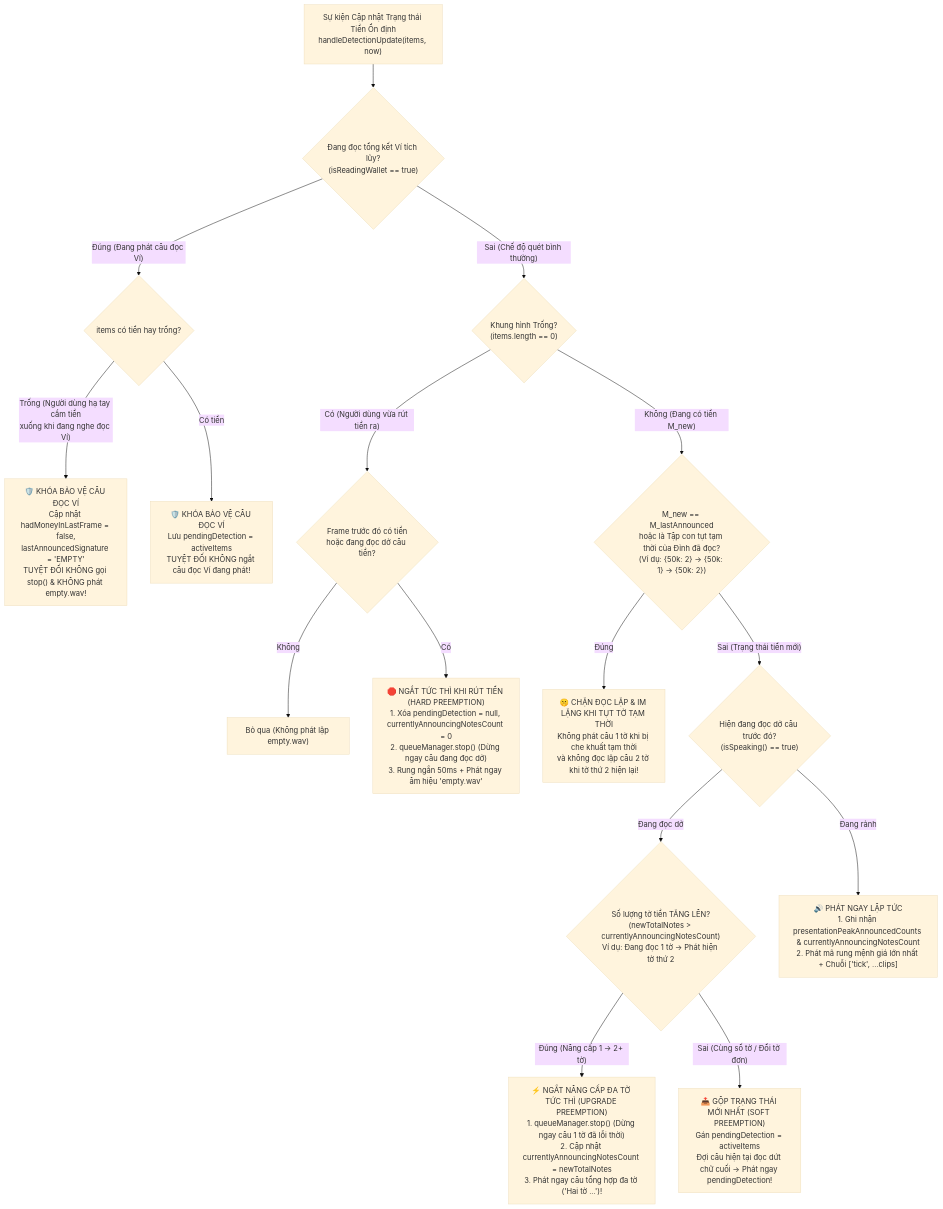
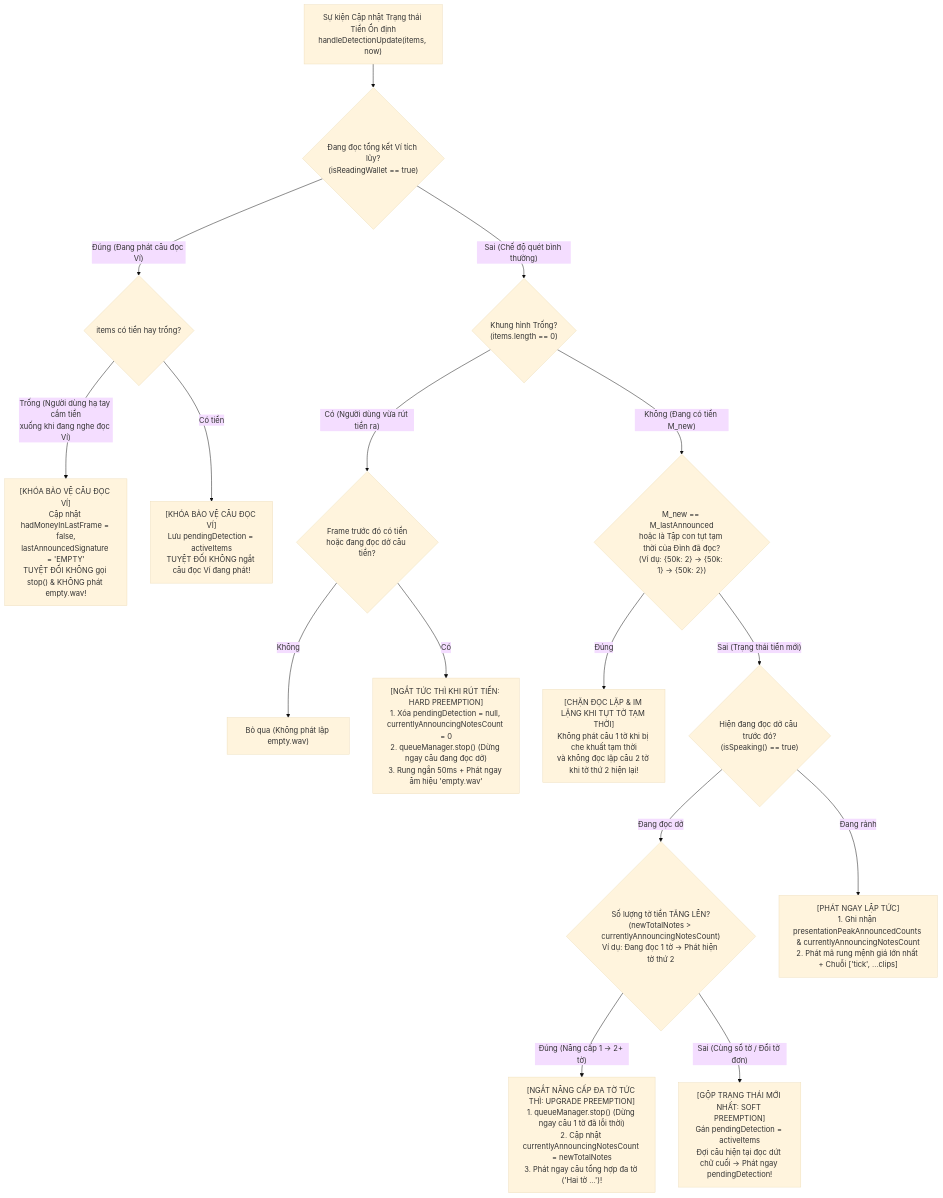
One commit to hezioquan12/vietnamese-money-vision changed the eighth of 9 diagrams in docs/SYSTEM_ARCHITECTURE_AND_DESIGN.md. Above: the diagram before and after it, drawn with Mermaid (base theme). The commit also changed other lines of this file and 4 other files, not shown here.

Commit message:
docs: standardize technical specifications, remove sprint tickets and de-slop diagrams

````diff
--- a/docs/SYSTEM_ARCHITECTURE_AND_DESIGN.md
+++ b/docs/SYSTEM_ARCHITECTURE_AND_DESIGN.md
@@ -352,25 +363,25 @@
 ```mermaid
 flowchart TD
     Event["Sự kiện Cập nhật Trạng thái Tiền Ổn định\nhandleDetectionUpdate(items, now)"] --> CheckWalletLock{"Đang đọc tổng kết Ví tích lũy?\n(isReadingWallet == true)"}
 
     CheckWalletLock -->|"Đúng (Đang phát câu đọc Ví)"| WalletProtect{"items có tiền hay trống?"}
-    WalletProtect -->|"Trống (Người dùng hạ tay cầm tiền\nxuống khi đang nghe đọc Ví)"| SilentEmptyState["🛡️ KHÓA BẢO VỆ CÂU ĐỌC VÍ\nCập nhật hadMoneyInLastFrame = false,\nlastAnnouncedSignature = 'EMPTY'\nTUYỆT ĐỐI KHÔNG gọi stop() & KHÔNG phát empty.wav!"]
-    WalletProtect -->|"Có tiền"| SavePendingWallet["🛡️ KHÓA BẢO VỆ CÂU ĐỌC VÍ\nLưu pendingDetection = activeItems\nTUYỆT ĐỐI KHÔNG ngắt câu đọc Ví đang phát!"]
+    WalletProtect -->|"Trống (Người dùng hạ tay cầm tiền\nxuống khi đang nghe đọc Ví)"| SilentEmptyState["[KHÓA BẢO VỆ CÂU ĐỌC VÍ]\nCập nhật hadMoneyInLastFrame = false,\nlastAnnouncedSignature = 'EMPTY'\nTUYỆT ĐỐI KHÔNG gọi stop() & KHÔNG phát empty.wav!"]
+    WalletProtect -->|"Có tiền"| SavePendingWallet["[KHÓA BẢO VỆ CÂU ĐỌC VÍ]\nLưu pendingDetection = activeItems\nTUYỆT ĐỐI KHÔNG ngắt câu đọc Ví đang phát!"]
 
     CheckWalletLock -->|"Sai (Chế độ quét bình thường)"| IsEmpty{"Khung hình Trống?\n(items.length == 0)"}
 
     IsEmpty -->|"Có (Người dùng vừa rút tiền ra)"| HadMoney{"Frame trước đó có tiền\nhoặc đang đọc dở câu tiền?"}
     HadMoney -->|"Không"| IgnoreEmpty["Bỏ qua (Không phát lặp empty.wav)"]
-    HadMoney -->|"Có"| HardStop["🛑 NGẮT TỨC THÌ KHI RÚT TIỀN (HARD PREEMPTION)\n1. Xóa pendingDetection = null, currentlyAnnouncingNotesCount = 0\n2. queueManager.stop() (Dừng ngay câu đang đọc dở)\n3. Rung ngắn 50ms + Phát ngay âm hiệu 'empty.wav'"]
+    HadMoney -->|"Có"| HardStop["[NGẮT TỨC THÌ KHI RÚT TIỀN: HARD PREEMPTION]\n1. Xóa pendingDetection = null, currentlyAnnouncingNotesCount = 0\n2. queueManager.stop() (Dừng ngay câu đang đọc dở)\n3. Rung ngắn 50ms + Phát ngay âm hiệu 'empty.wav'"]
 
     IsEmpty -->|"Không (Đang có tiền M_new)"| SameSig{"M_new == M_lastAnnounced\nhoặc là Tập con tụt tạm thời của Đỉnh đã đọc?\n(Ví dụ: {50k: 2} -> {50k: 1} -> {50k: 2})"}
-    SameSig -->|"Đúng"| Suppress["🤫 CHẶN ĐỌC LẶP & IM LẶNG KHI TỤT TỜ TẠM THỜI\nKhông phát câu 1 tờ khi bị che khuất tạm thời\nvà không đọc lặp câu 2 tờ khi tờ thứ 2 hiện lại!"]
+    SameSig -->|"Đúng"| Suppress["[CHẶN ĐỌC LẶP & IM LẶNG KHI TỤT TỜ TẠM THỜI]\nKhông phát câu 1 tờ khi bị che khuất tạm thời\nvà không đọc lặp câu 2 tờ khi tờ thứ 2 hiện lại!"]
 
     SameSig -->|"Sai (Trạng thái tiền mới)"| SpeakingCheck{"Hiện đang đọc dở câu trước đó?\n(isSpeaking() == true)"}
 
     SpeakingCheck -->|"Đang đọc dở"| UpgradeCheck{"Số lượng tờ tiền TĂNG LÊN?\n(newTotalNotes > currentlyAnnouncingNotesCount)\nVí dụ: Đang đọc 1 tờ -> Phát hiện tờ thứ 2"}
-    UpgradeCheck -->|"Đúng (Nâng cấp 1 -> 2+ tờ)"| UpgradePreempt["⚡ NGẮT NÂNG CẤP ĐA TỜ TỨC THÌ (UPGRADE PREEMPTION)\n1. queueManager.stop() (Dừng ngay câu 1 tờ đã lỗi thời)\n2. Cập nhật currentlyAnnouncingNotesCount = newTotalNotes\n3. Phát ngay câu tổng hợp đa tờ ('Hai tờ ...')!"]
-    UpgradeCheck -->|"Sai (Cùng số tờ / Đổi tờ đơn)"| QueueLatest["📥 GỘP TRẠNG THÁI MỚI NHẤT (SOFT PREEMPTION)\nGán pendingDetection = activeItems\nĐợi câu hiện tại đọc dứt chữ cuối -> Phát ngay pendingDetection!"]
+    UpgradeCheck -->|"Đúng (Nâng cấp 1 -> 2+ tờ)"| UpgradePreempt["[NGẮT NÂNG CẤP ĐA TỜ TỨC THÌ: UPGRADE PREEMPTION]\n1. queueManager.stop() (Dừng ngay câu 1 tờ đã lỗi thời)\n2. Cập nhật currentlyAnnouncingNotesCount = newTotalNotes\n3. Phát ngay câu tổng hợp đa tờ ('Hai tờ ...')!"]
+    UpgradeCheck -->|"Sai (Cùng số tờ / Đổi tờ đơn)"| QueueLatest["[GỘP TRẠNG THÁI MỚI NHẤT: SOFT PREEMPTION]\nGán pendingDetection = activeItems\nĐợi câu hiện tại đọc dứt chữ cuối -> Phát ngay pendingDetection!"]
 
-    SpeakingCheck -->|"Đang rảnh"| PlayNow["🔊 PHÁT NGAY LẬP TỨC\n1. Ghi nhận presentationPeakAnnouncedCounts & currentlyAnnouncingNotesCount\n2. Phát mã rung mệnh giá lớn nhất + Chuỗi ['tick', ...clips]"]
+    SpeakingCheck -->|"Đang rảnh"| PlayNow["[PHÁT NGAY LẬP TỨC]\n1. Ghi nhận presentationPeakAnnouncedCounts & currentlyAnnouncingNotesCount\n2. Phát mã rung mệnh giá lớn nhất + Chuỗi ['tick', ...clips]"]
 ```
````
